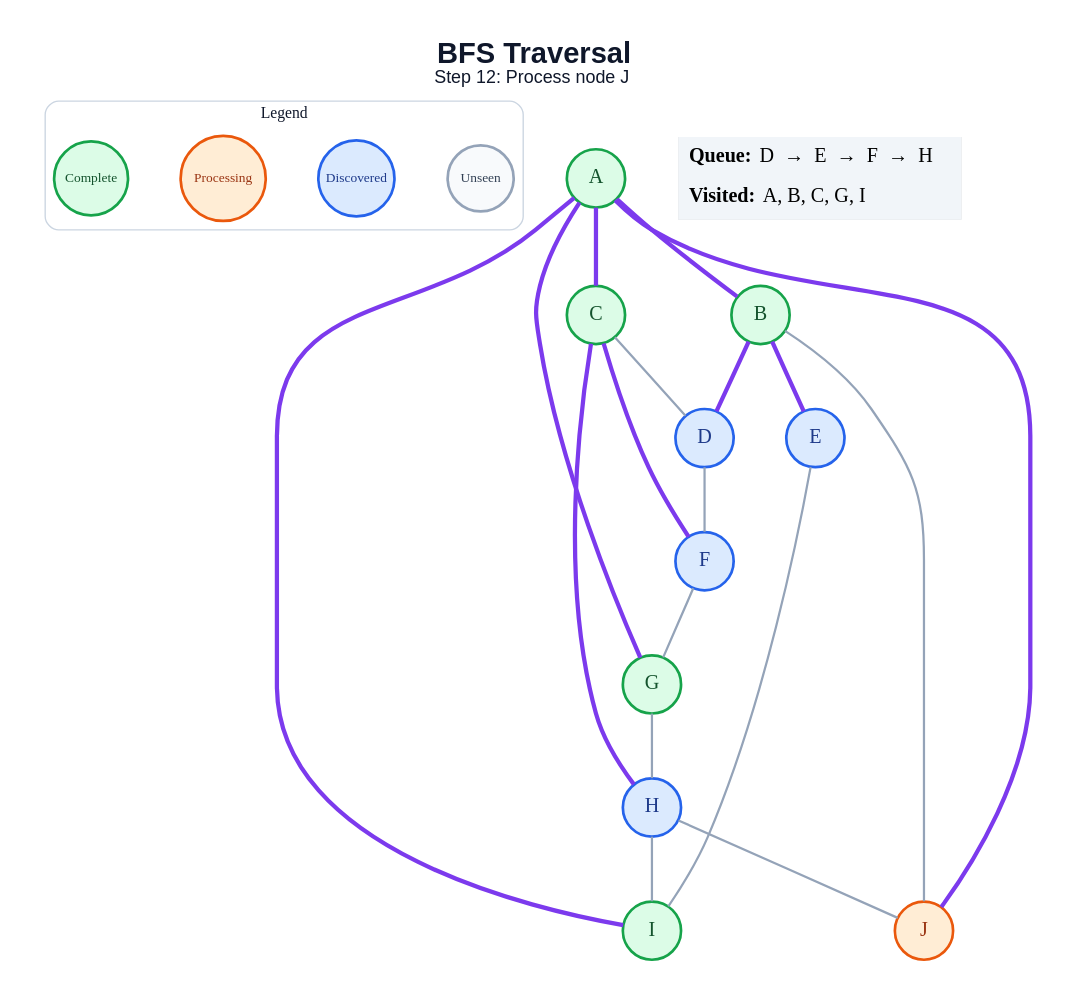
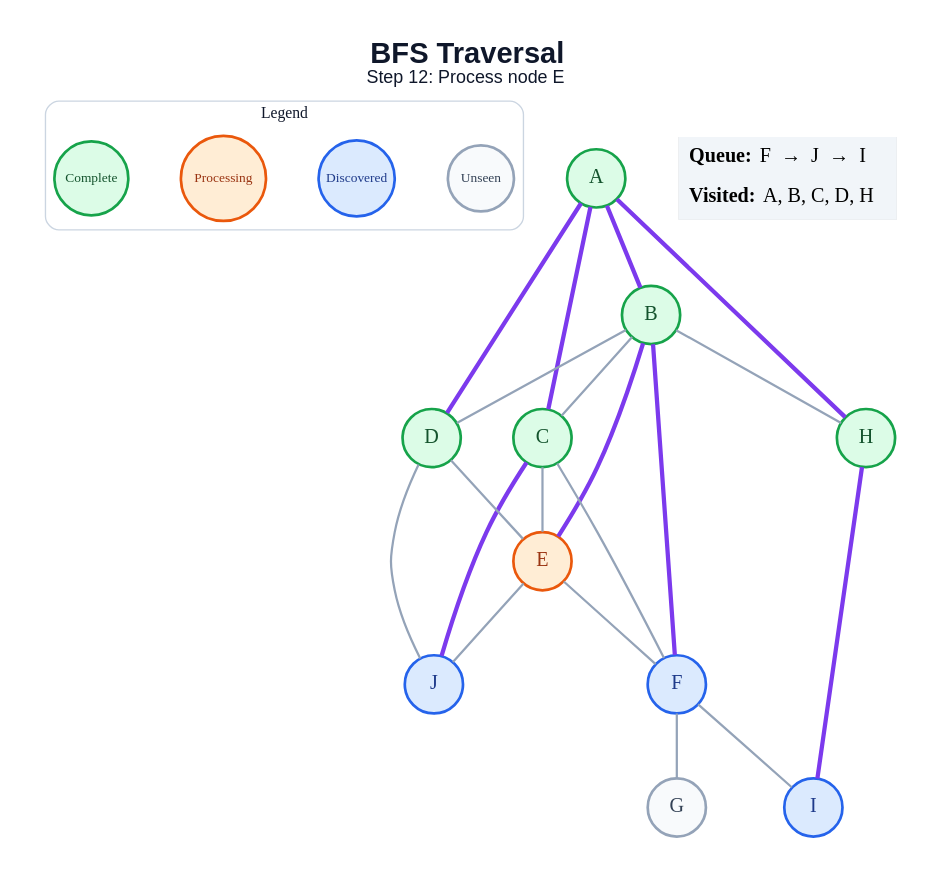
The diagram in generated/bfs/step_12.dot (amanghodawala9/ai-slop), drawn with Graphviz before and after one commit. The commit also changed 178 other files, not shown here.

```diff
--- a/generated/bfs/step_12.dot
+++ b/generated/bfs/step_12.dot
@@ -1,46 +1,48 @@
 graph traversal {
   graph [layout=dot, rankdir=TB, bgcolor="#FFFFFF", pad="0.35", nodesep="0.65", ranksep="0.8", fontname="Arial"];
   node [shape=circle, style="filled", fontname="Arial Bold", fontsize=18, width=0.72, fixedsize=true, penwidth=2.4];
   edge [color="#94A3B8", penwidth=2.0];
-  label=<<B>BFS Traversal</B><BR/><FONT POINT-SIZE="16">Step 12: Process node J</FONT>>; labelloc="t"; fontsize=26; fontname="Arial"; fontcolor="#0F172A";
+  label=<<B>BFS Traversal</B><BR/><FONT POINT-SIZE="16">Step 12: Process node E</FONT>>; labelloc="t"; fontsize=26; fontname="Arial"; fontcolor="#0F172A";
   subgraph cluster_legend { label="Legend"; color="#CBD5E1"; penwidth=1.2; style="rounded"; fontsize=14; fontname="Arial Bold";
     key_unseen [label="Unseen", fillcolor="#F8FAFC", color="#94A3B8", fontcolor="#334155", fontsize=12, width=0.82];
     key_frontier [label="Discovered", fillcolor="#DBEAFE", color="#2563EB", fontcolor="#1E3A8A", fontsize=12, width=0.95];
     key_current [label="Processing", fillcolor="#FFEDD5", color="#EA580C", fontcolor="#9A3412", fontsize=12, width=1.05];
     key_done [label="Complete", fillcolor="#DCFCE7", color="#16A34A", fontcolor="#14532D", fontsize=12, width=0.92];
     { rank=same; key_unseen; key_frontier; key_current; key_done; }
   }
   A [fillcolor="#DCFCE7", color="#16A34A", fontcolor="#14532D"];
   B [fillcolor="#DCFCE7", color="#16A34A", fontcolor="#14532D"];
   C [fillcolor="#DCFCE7", color="#16A34A", fontcolor="#14532D"];
-  D [fillcolor="#DBEAFE", color="#2563EB", fontcolor="#1E3A8A"];
-  E [fillcolor="#DBEAFE", color="#2563EB", fontcolor="#1E3A8A"];
+  D [fillcolor="#DCFCE7", color="#16A34A", fontcolor="#14532D"];
+  E [fillcolor="#FFEDD5", color="#EA580C", fontcolor="#9A3412"];
   F [fillcolor="#DBEAFE", color="#2563EB", fontcolor="#1E3A8A"];
-  G [fillcolor="#DCFCE7", color="#16A34A", fontcolor="#14532D"];
-  H [fillcolor="#DBEAFE", color="#2563EB", fontcolor="#1E3A8A"];
-  I [fillcolor="#DCFCE7", color="#16A34A", fontcolor="#14532D"];
-  J [fillcolor="#FFEDD5", color="#EA580C", fontcolor="#9A3412"];
+  G [fillcolor="#F8FAFC", color="#94A3B8", fontcolor="#334155"];
+  H [fillcolor="#DCFCE7", color="#16A34A", fontcolor="#14532D"];
+  I [fillcolor="#DBEAFE", color="#2563EB", fontcolor="#1E3A8A"];
+  J [fillcolor="#DBEAFE", color="#2563EB", fontcolor="#1E3A8A"];
   A -- B [color="#7C3AED", penwidth=3.8];
   A -- C [color="#7C3AED", penwidth=3.8];
-  A -- G [color="#7C3AED", penwidth=3.8];
-  A -- I [color="#7C3AED", penwidth=3.8];
-  A -- J [color="#7C3AED", penwidth=3.8];
-  B -- D [color="#7C3AED", penwidth=3.8];
+  A -- D [color="#7C3AED", penwidth=3.8];
+  A -- H [color="#7C3AED", penwidth=3.8];
+  B -- C;
+  B -- D;
   B -- E [color="#7C3AED", penwidth=3.8];
-  B -- J;
-  C -- D;
-  C -- F [color="#7C3AED", penwidth=3.8];
-  C -- H [color="#7C3AED", penwidth=3.8];
-  D -- F;
-  E -- I;
+  B -- F [color="#7C3AED", penwidth=3.8];
+  B -- H;
+  C -- E;
+  C -- F;
+  C -- J [color="#7C3AED", penwidth=3.8];
+  D -- E;
+  D -- J;
+  E -- F;
+  E -- J;
   F -- G;
-  G -- H;
-  H -- I;
-  H -- J;
+  F -- I;
+  H -- I [color="#7C3AED", penwidth=3.8];
   status [shape=plain, fixedsize=false, width=0, height=0, margin=0, label=<
     <TABLE BORDER="0" CELLBORDER="0" CELLPADDING="7" BGCOLOR="#F1F5F9">
-      <TR><TD ALIGN="LEFT"><B>Queue:</B> D  →  E  →  F  →  H</TD></TR>
-      <TR><TD ALIGN="LEFT"><B>Visited:</B> A, B, C, G, I</TD></TR>
+      <TR><TD ALIGN="LEFT"><B>Queue:</B> F  →  J  →  I</TD></TR>
+      <TR><TD ALIGN="LEFT"><B>Visited:</B> A, B, C, D, H</TD></TR>
     </TABLE>
   >];
 }
```
